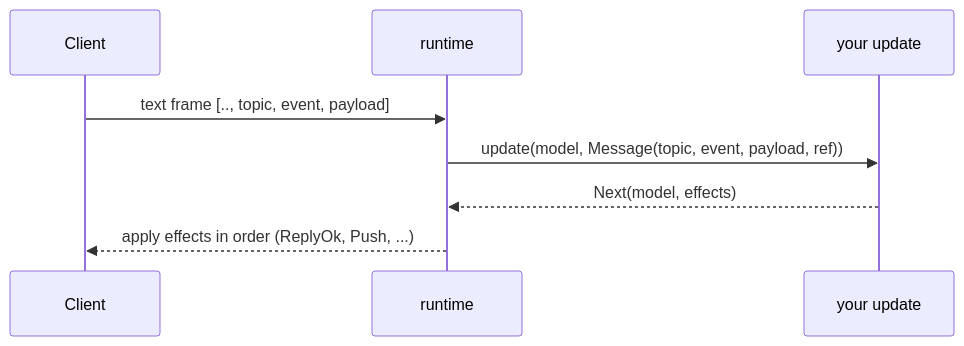
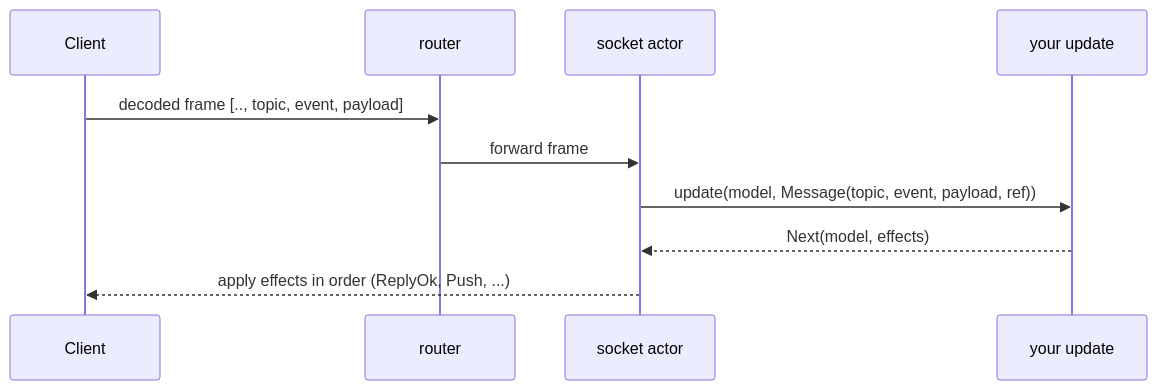
One commit to tylerbutler/beryl changed the third of 6 diagrams in website/src/content/docs/architecture/message-lifecycle.md. Above: the diagram before and after it, drawn with Mermaid. The commit also changed other lines of this file and 13 other files, not shown here.

Commit message:
docs: update per-socket actor architecture

````diff
--- a/website/src/content/docs/architecture/message-lifecycle.md
+++ b/website/src/content/docs/architecture/message-lifecycle.md
@@ -60,10 +67,12 @@
 ```mermaid
 sequenceDiagram
   participant Client
-  participant RT as runtime
+  participant Router as router
+  participant Socket as socket actor
   participant App as your update
-  Client->>RT: text frame [.., topic, event, payload]
-  RT->>App: update(model, Message(topic, event, payload, ref))
-  App-->>RT: Next(model, effects)
-  RT-->>Client: apply effects in order (ReplyOk, Push, ...)
+  Client->>Router: decoded frame [.., topic, event, payload]
+  Router->>Socket: forward frame
+  Socket->>App: update(model, Message(topic, event, payload, ref))
+  App-->>Socket: Next(model, effects)
+  Socket-->>Client: apply effects in order (ReplyOk, Push, ...)
 ```
````
